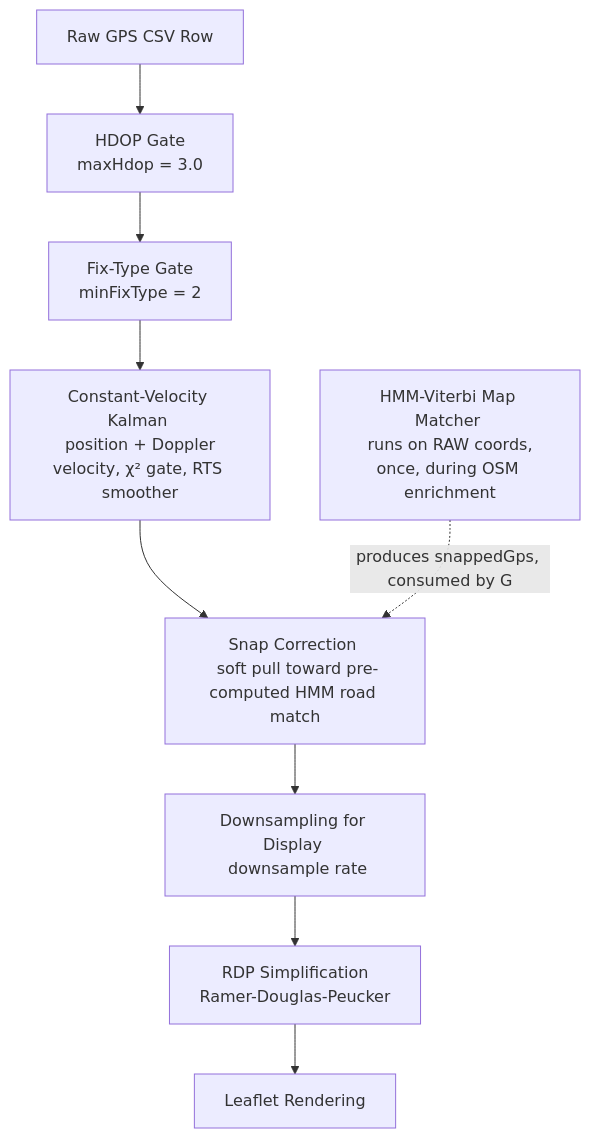
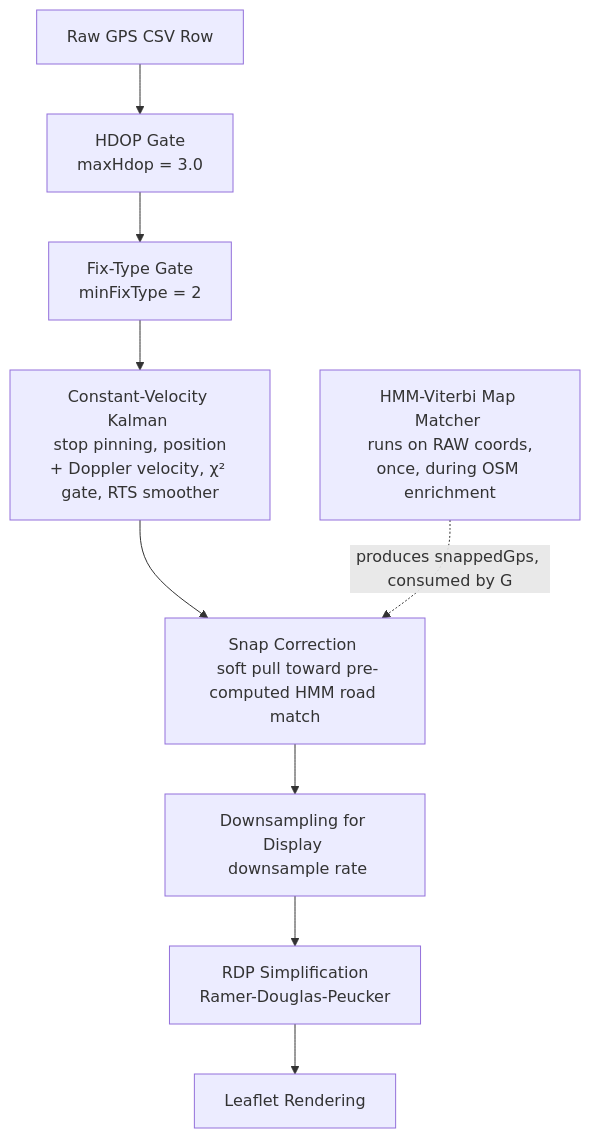
The diagram in docs/gps_filtering_pipeline.md (Softhook/BioMapping), drawn with Mermaid before and after one commit. The commit also changed other lines of this file and 2 other files, not shown here.

Commit message:
Stop filtering

````diff
--- a/docs/gps_filtering_pipeline.md
+++ b/docs/gps_filtering_pipeline.md
@@ -20,12 +20,12 @@
 ```mermaid
 graph TD
     A[Raw GPS CSV Row] --> B[HDOP Gate <br/> maxHdop = 3.0]
     B --> C[Fix-Type Gate <br/> minFixType = 2]
-    C --> CV[Constant-Velocity Kalman <br/> position + Doppler velocity, χ² gate, RTS smoother]
+    C --> CV[Constant-Velocity Kalman <br/> stop pinning, position + Doppler velocity, χ² gate, RTS smoother]
     CV --> G[Snap Correction <br/> soft pull toward pre-computed HMM road match]
     G --> J[Downsampling for Display <br/> downsample rate]
     J --> K[RDP Simplification <br/> Ramer-Douglas-Peucker]
     K --> L[Leaflet Rendering]
 
     M[HMM-Viterbi Map Matcher <br/> runs on RAW coords, once, during OSM enrichment] -.->|produces snappedGps, consumed by G| G
 ```
````
